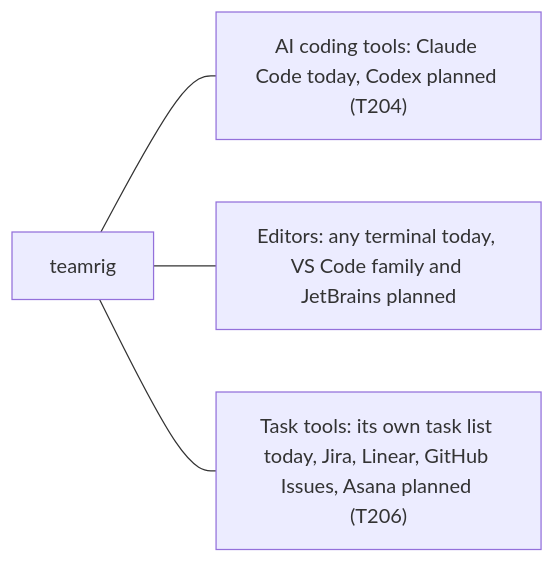
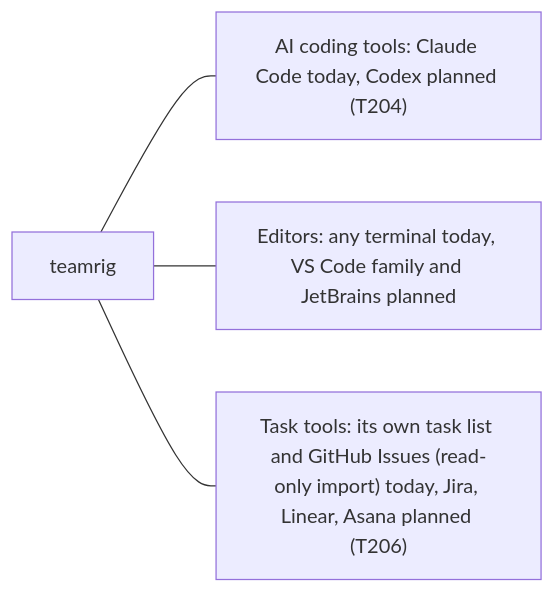
Before and after one commit to GeneralA6/teamrig: the ninth of 9 diagrams in docs/how-it-works.md, drawn with Mermaid.

Commit message:
docs: GitHub Issues import is live, not planned
The integrations diagram listed GitHub Issues as planned; the read-only import has shipped since gh sync.

````diff
--- a/docs/how-it-works.md
+++ b/docs/how-it-works.md
@@ -407,10 +407,10 @@
 ```mermaid
 flowchart LR
   core["teamrig"]
   ai["AI coding tools: Claude Code today, Codex planned (T204)"]
   editor["Editors: any terminal today, VS Code family and JetBrains planned"]
-  pm["Task tools: its own task list today, Jira, Linear, GitHub Issues, Asana planned (T206)"]
+  pm["Task tools: its own task list and GitHub Issues (read-only import) today, Jira, Linear, Asana planned (T206)"]
   core --- ai
   core --- editor
   core --- pm
 ```
````
